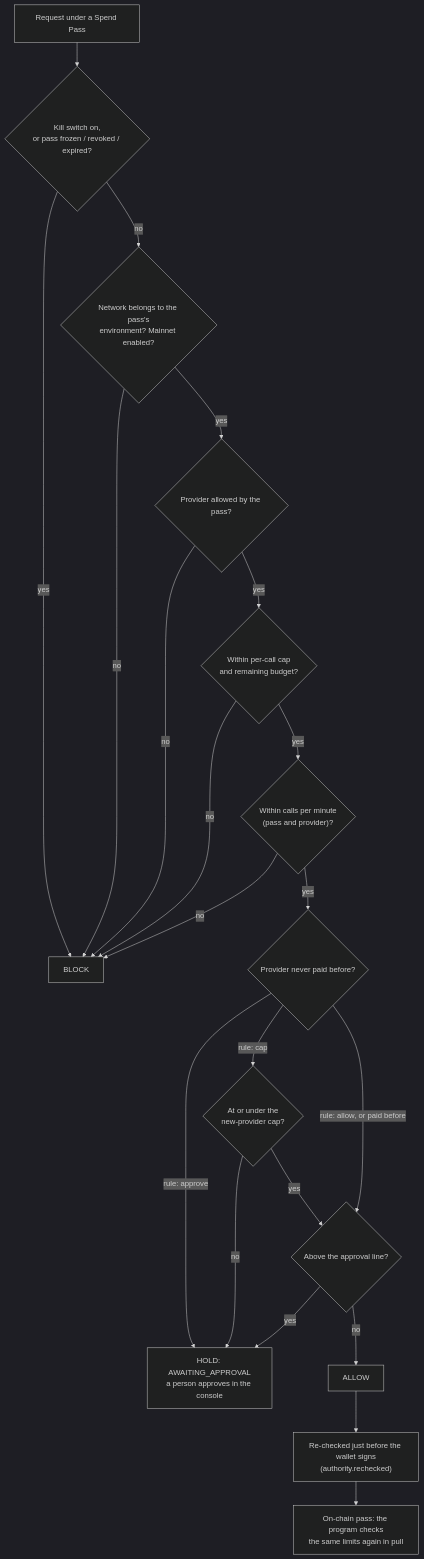
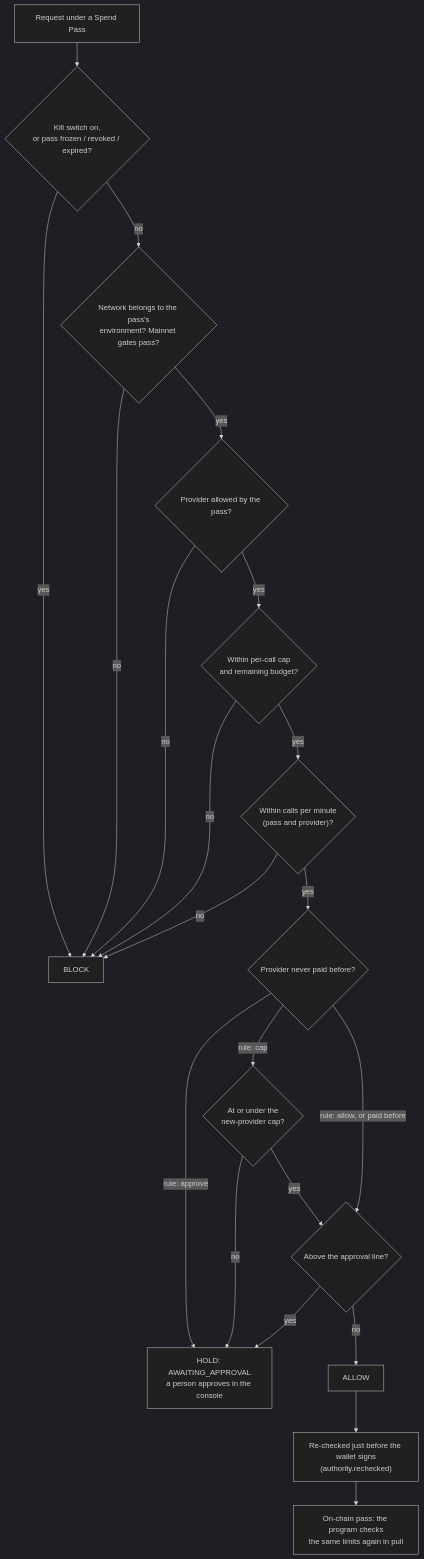
One commit to anshitraj/algebra-ai changed the fourth of 9 diagrams in docs/DIAGRAMS.md. Above: the diagram before and after it, drawn with Mermaid (dark theme). The commit also changed other lines of this file and 27 other files, not shown here.

First line of the commit message:
Trust: a paid delivery tests an endpoint and never verifies it; mainnet gates

````diff
--- a/docs/DIAGRAMS.md
+++ b/docs/DIAGRAMS.md
@@ -134,23 +134,23 @@
 ```mermaid
 flowchart TD
   IN["Request under a Spend Pass"] --> KS{"Kill switch on,<br/>or pass frozen / revoked / expired?"}
   KS -- yes --> BLOCK["BLOCK"]
-  KS -- no --> ENV{"Network belongs to the pass's<br/>environment? Mainnet enabled?"}
+  KS -- no --> ENV{"Network belongs to the pass's<br/>environment? Mainnet gates pass?"}
   ENV -- no --> BLOCK
   ENV -- yes --> PROVIDER{"Provider allowed by the pass?"}
   PROVIDER -- no --> BLOCK
   PROVIDER -- yes --> CAP{"Within per-call cap<br/>and remaining budget?"}
   CAP -- no --> BLOCK
   CAP -- yes --> VEL{"Within calls per minute<br/>(pass and provider)?"}
   VEL -- no --> BLOCK
   VEL -- yes --> NEW{"Provider never paid before?"}
   NEW -- "rule: approve" --> HOLD["HOLD: AWAITING_APPROVAL<br/>a person approves in the console"]
   NEW -- "rule: cap" --> CAPNEW{"At or under the<br/>new-provider cap?"}
   CAPNEW -- no --> HOLD
   CAPNEW -- yes --> LINE
   NEW -- "rule: allow, or paid before" --> LINE{"Above the approval line?"}
   LINE -- yes --> HOLD
   LINE -- no --> ALLOW["ALLOW"]
   ALLOW --> RECHECK["Re-checked just before the wallet signs<br/>(authority.rechecked)"]
   RECHECK --> ONCHAIN["On-chain pass: the program checks<br/>the same limits again in pull"]
 ```
````
